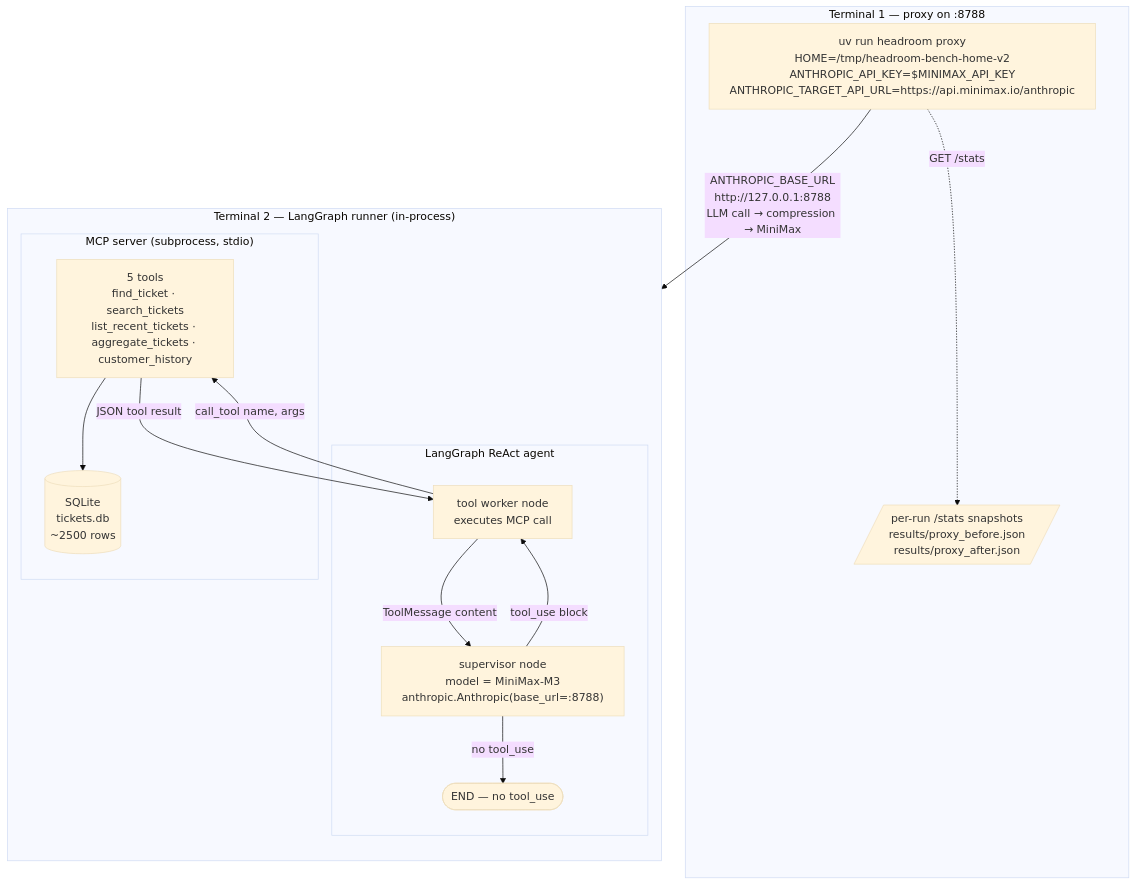
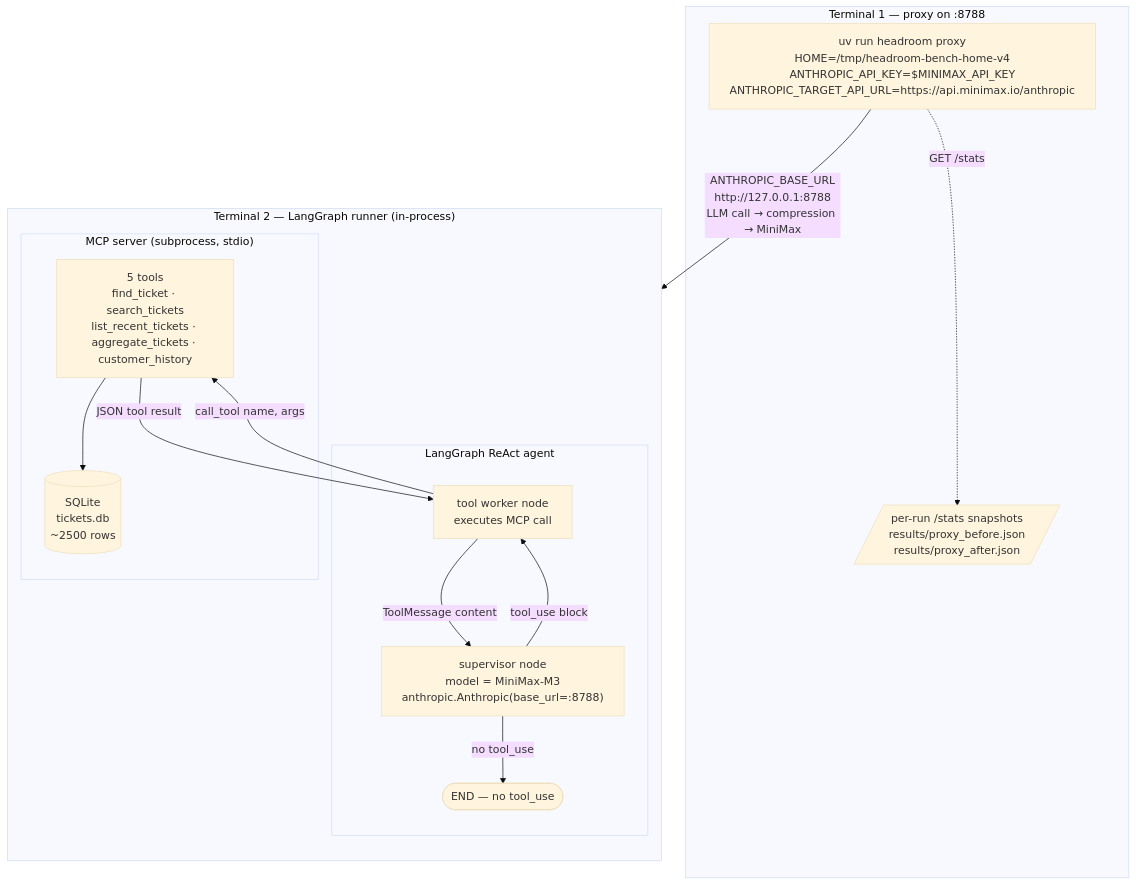
Before and after one commit to shreyassks/headroom-benchmarks: the diagram in src/headroom_benchmarks/langgraph/README.md, drawn with Mermaid (base theme). The commit also changed other lines of this file, not shown here.

Commit message:
docs(langgraph): align v2 HOME-path leftovers to v4_clean
After aligning the Measured results section to v4_clean numbers
in the previous commit, two leftover references to the old HOME
directory path remained:

  - Step 4 Confirm isolation command: old v2 path
  - Architecture Mermaid diagram: old v2 path

Update both to headroom-bench-home-v4 to match the v4_clean run
(reproducibility-confirmed, the one referenced everywhere else).

````diff
--- a/src/headroom_benchmarks/langgraph/README.md
+++ b/src/headroom_benchmarks/langgraph/README.md
@@ -405,32 +405,32 @@
 ```mermaid
 flowchart TB
     subgraph T1["Terminal 1 — proxy on :8788"]
-        PROXY["uv run headroom proxy<br/>HOME=/tmp/headroom-bench-home-v2<br/>ANTHROPIC_API_KEY=$MINIMAX_API_KEY<br/>ANTHROPIC_TARGET_API_URL=https://api.minimax.io/anthropic"]
+        PROXY["uv run headroom proxy<br/>HOME=/tmp/headroom-bench-home-v4<br/>ANTHROPIC_API_KEY=$MINIMAX_API_KEY<br/>ANTHROPIC_TARGET_API_URL=https://api.minimax.io/anthropic"]
         STATS[/"per-run /stats snapshots<br/>results/proxy_before.json<br/>results/proxy_after.json"/]
         PROXY -.->|GET /stats| STATS
     end
 
     subgraph T2["Terminal 2 — LangGraph runner (in-process)"]
         direction TB
 
         subgraph AGENT["LangGraph ReAct agent"]
             SUP["supervisor node<br/>model = MiniMax-M3<br/>anthropic.Anthropic(base_url=:8788)"]
             WORKER["tool worker node<br/>executes MCP call"]
             ENDNODE(["END — no tool_use"])
             SUP -->|tool_use block| WORKER
             WORKER -->|ToolMessage content| SUP
             SUP -->|no tool_use| ENDNODE
         end
 
         subgraph MCP["MCP server (subprocess, stdio)"]
             TOOLS["5 tools<br/>find_ticket · search_tickets<br/>list_recent_tickets · aggregate_tickets · customer_history"]
             DB[("SQLite<br/>tickets.db<br/>~2500 rows")]
             TOOLS --> DB
         end
 
         WORKER -->|call_tool name, args| TOOLS
         TOOLS -->|JSON tool result| WORKER
     end
 
     PROXY -->|ANTHROPIC_BASE_URL<br/>http://127.0.0.1:8788<br/>LLM call → compression → MiniMax| SUP
 ```
````
